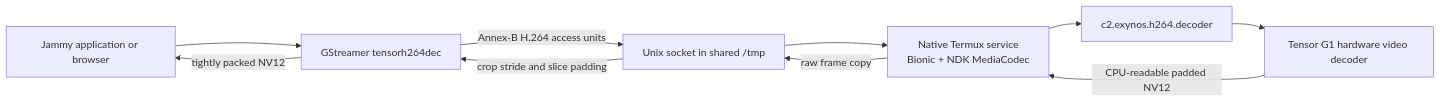
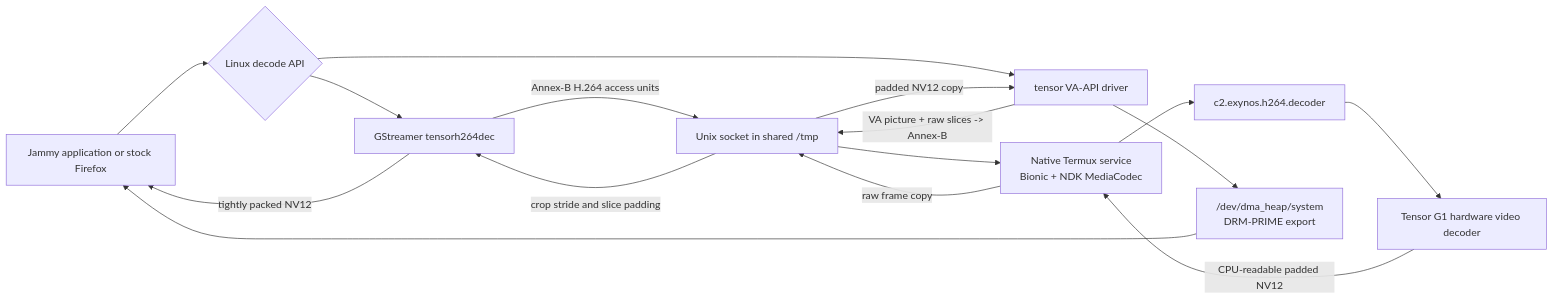
One commit to RandomCoderOrg/mesa-gfxstream changed the diagram in tensor-g1/media-codec/README.md. Above: the diagram before and after it, drawn with Mermaid. The commit also changed other lines of this file and 11 other files, not shown here.

Commit message:
feat(tensor-g1): bridge Firefox VA-API to MediaCodec

````diff
--- a/tensor-g1/media-codec/README.md
+++ b/tensor-g1/media-codec/README.md
@@ -21,12 +25,18 @@
 ```mermaid
 flowchart LR
-    APP["Jammy application or browser"] --> GST["GStreamer tensorh264dec"]
+    APP["Jammy application or stock Firefox"] --> API{"Linux decode API"}
+    API --> GST["GStreamer tensorh264dec"]
+    API --> VA["tensor VA-API driver"]
     GST -->|"Annex-B H.264 access units"| SOCK["Unix socket in shared /tmp"]
+    VA -->|"VA picture + raw slices -> Annex-B"| SOCK
     SOCK --> SVC["Native Termux service\nBionic + NDK MediaCodec"]
     SVC --> C2["c2.exynos.h264.decoder"]
     C2 --> GPU["Tensor G1 hardware video decoder"]
     GPU -->|"CPU-readable padded NV12"| SVC
     SVC -->|"raw frame copy"| SOCK
     SOCK -->|"crop stride and slice padding"| GST
+    SOCK -->|"padded NV12 copy"| VA
+    VA --> HEAP["/dev/dma_heap/system\nDRM-PRIME export"]
     GST -->|"tightly packed NV12"| APP
+    HEAP --> APP
 ```
````
